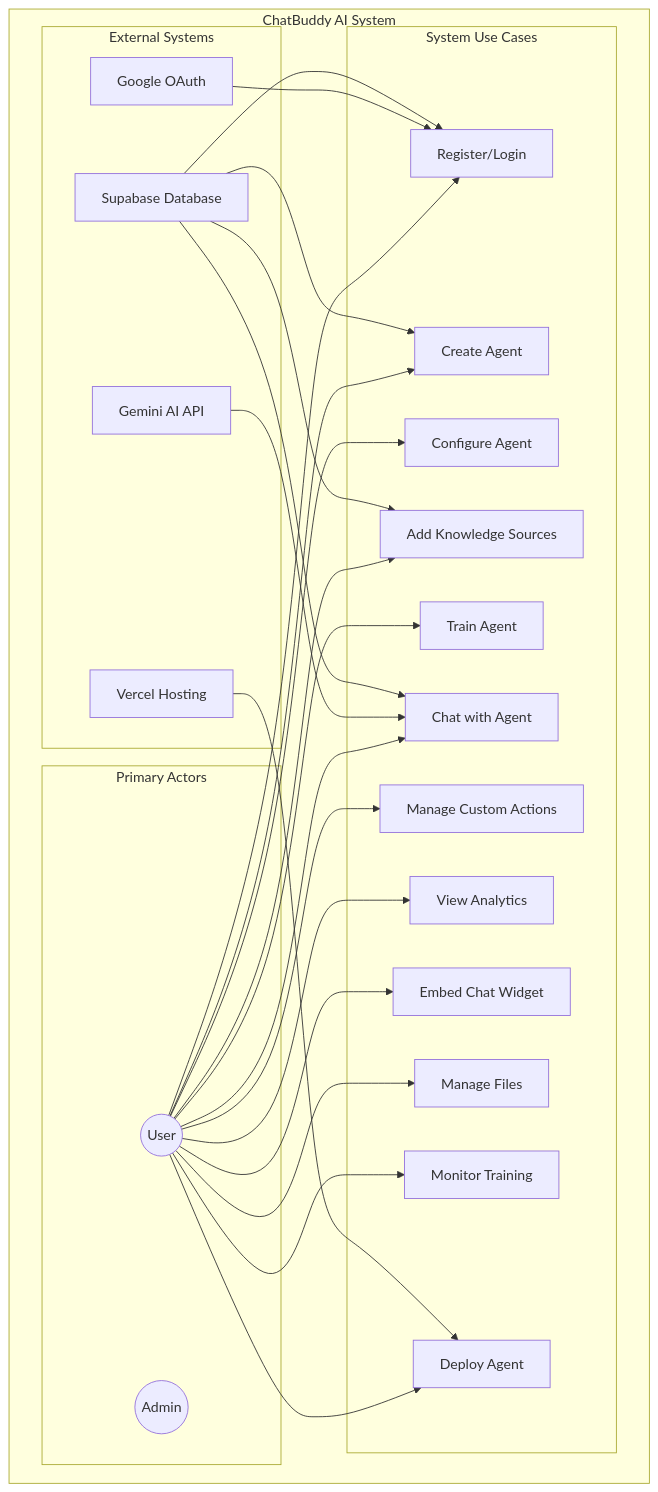
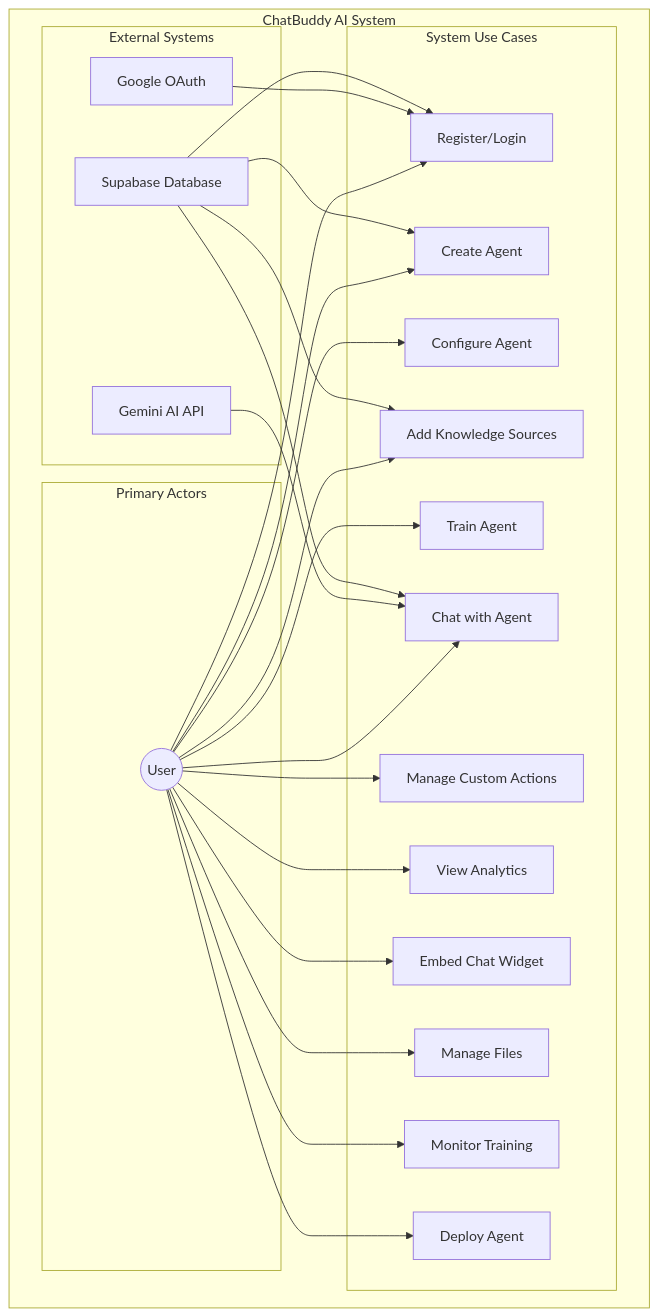
The first of 5 diagrams in z-report/chapter-3-system-analysis.md (BishalN/openchat), drawn with Mermaid before and after one commit. The commit also changed 2 other files, not shown here.

Commit message:
fix and update diagrams

````diff
--- a/z-report/chapter-3-system-analysis.md
+++ b/z-report/chapter-3-system-analysis.md
@@ -50,52 +50,49 @@
 ```mermaid
 graph TB
     subgraph "ChatBuddy AI System"
         subgraph "External Systems"
             Google[Google OAuth]
             Gemini[Gemini AI API]
             Supabase[Supabase Database]
-            Vercel[Vercel Hosting]
         end
         
         subgraph "Primary Actors"
             User((User))
-            Admin((Admin))
         end
         
         subgraph "System Use Cases"
             UC1[Register/Login]
             UC2[Create Agent]
             UC3[Configure Agent]
             UC4[Add Knowledge Sources]
             UC5[Train Agent]
             UC6[Chat with Agent]
             UC7[Manage Custom Actions]
             UC8[View Analytics]
             UC9[Embed Chat Widget]
             UC10[Manage Files]
             UC11[Monitor Training]
             UC12[Deploy Agent]
         end
         
         User --> UC1
         User --> UC2
         User --> UC3
         User --> UC4
         User --> UC5
         User --> UC6
         User --> UC7
         User --> UC8
         User --> UC9
         User --> UC10
         User --> UC11
         User --> UC12
         
         Google --> UC1
         Gemini --> UC6
         Supabase --> UC1
         Supabase --> UC2
         Supabase --> UC4
         Supabase --> UC6
-        Vercel --> UC12
     end
 ```
````
